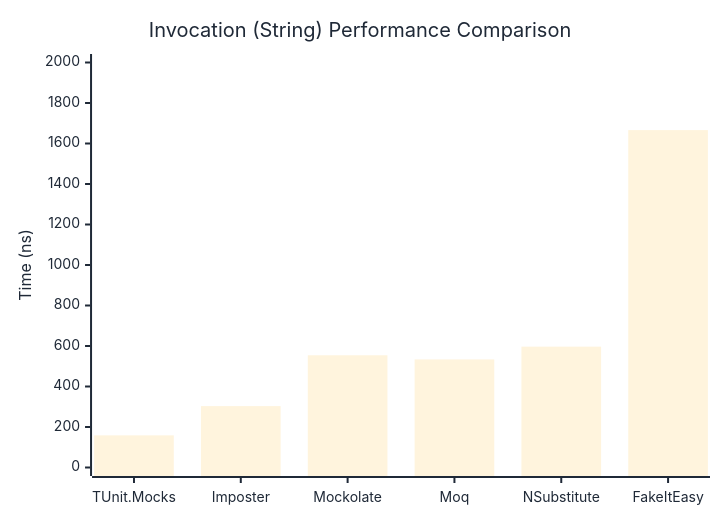
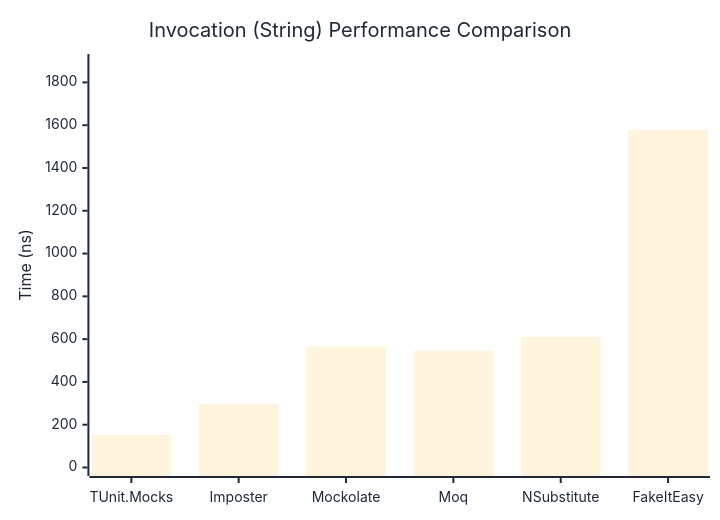
The second of 3 diagrams in docs/docs/benchmarks/mocks/Invocation.md (thomhurst/TUnit), drawn with Mermaid before and after one commit. The commit also changed other lines of this file and 14 other files, not shown here.

````diff
--- a/docs/docs/benchmarks/mocks/Invocation.md
+++ b/docs/docs/benchmarks/mocks/Invocation.md
@@ -69,27 +69,27 @@
 ```mermaid
 %%{init: {
   'theme':'base',
   'themeVariables': {
     'primaryColor': '#2563eb',
     'primaryTextColor': '#1f2937',
     'primaryBorderColor': '#1e40af',
     'lineColor': '#6b7280',
     'secondaryColor': '#7c3aed',
     'tertiaryColor': '#dc2626',
     'background': '#ffffff',
     'pie1': '#2563eb',
     'pie2': '#7c3aed',
     'pie3': '#dc2626',
     'pie4': '#f59e0b',
     'pie5': '#10b981',
     'pie6': '#06b6d4',
     'pie7': '#ec4899',
     'pie8': '#6366f1'
   }
 }}%%
 xychart-beta
   title "Invocation (String) Performance Comparison"
   x-axis ["TUnit.Mocks", "Imposter", "Mockolate", "Moq", "NSubstitute", "FakeItEasy"]
-  y-axis "Time (ns)" 0 --> 2000
-  bar [158.7, 303.2, 554.2, 533.8, 596.8, 1666.1]
+  y-axis "Time (ns)" 0 --> 1893
+  bar [152.1, 297.7, 565.5, 546, 609.8, 1577]
 ```
````
